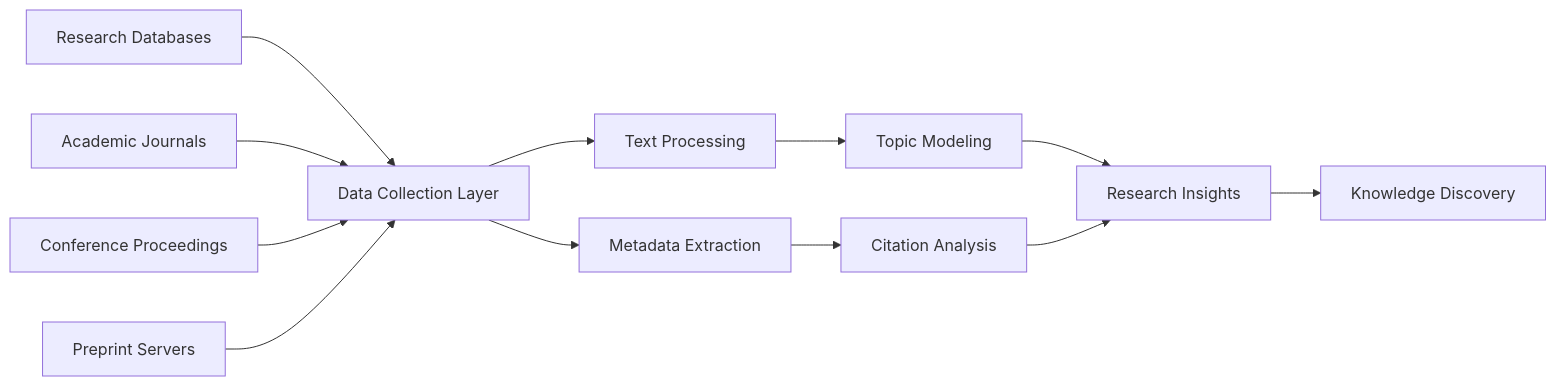
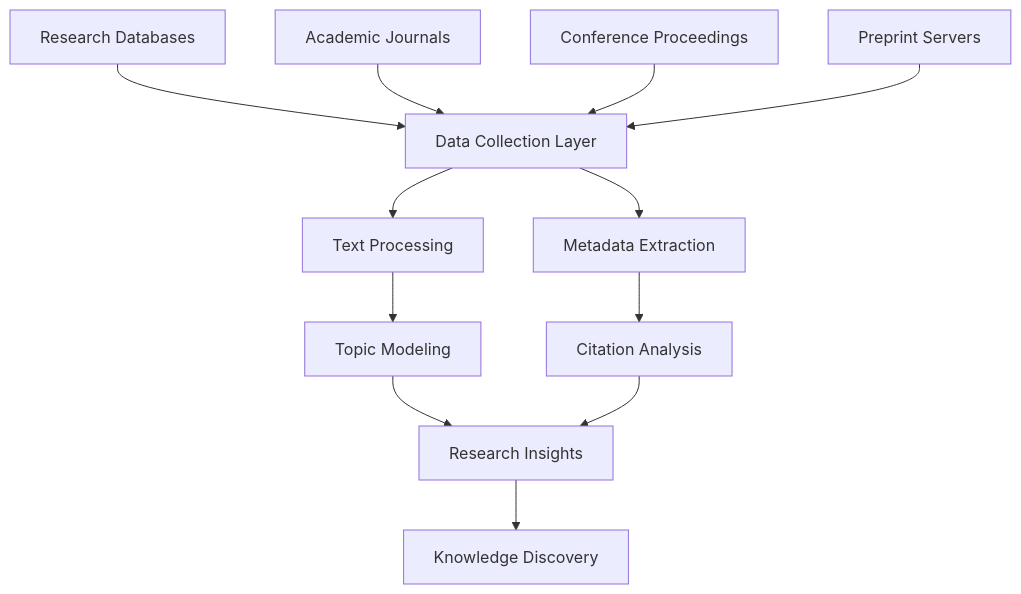
The second of 2 diagrams in _posts/2025-05-16-real-world-uses-web-scraping-beyond-basics.md (bytetunnels/bytetunnels.github.com), drawn with Mermaid before and after one commit. The commit also changed 25 other files, not shown here.

Commit message:
chore: fixed mermaid charts

````diff
--- a/_posts/2025-05-16-real-world-uses-web-scraping-beyond-basics.md
+++ b/_posts/2025-05-16-real-world-uses-web-scraping-beyond-basics.md
@@ -185,14 +185,23 @@
 ```mermaid
-graph LR
-    A[Research Databases] --> E[Data Collection Layer]
-    B[Academic Journals] --> E
-    C[Conference Proceedings] --> E
-    D[Preprint Servers] --> E
+graph TD
+    A[Research Databases]
+    B[Academic Journals]
+    C[Conference Proceedings]
+    D[Preprint Servers]
+    E[Data Collection Layer]
+
+    A --> E
+    B --> E
+    C --> E
+    D --> E
+
     E --> F[Text Processing]
     E --> G[Metadata Extraction]
+
     F --> H[Topic Modeling]
     G --> I[Citation Analysis]
+
     H --> J[Research Insights]
     I --> J
     J --> K[Knowledge Discovery]
 ```
````
